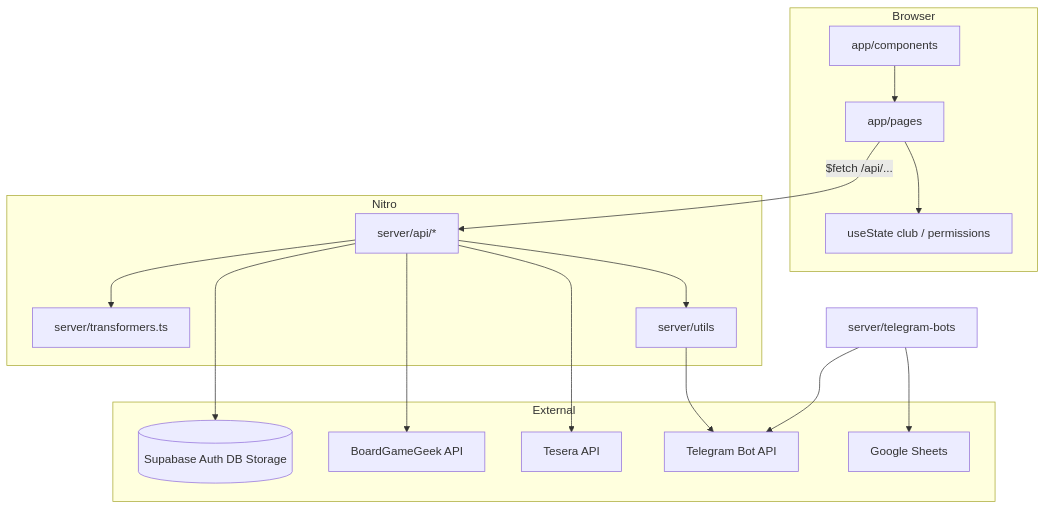
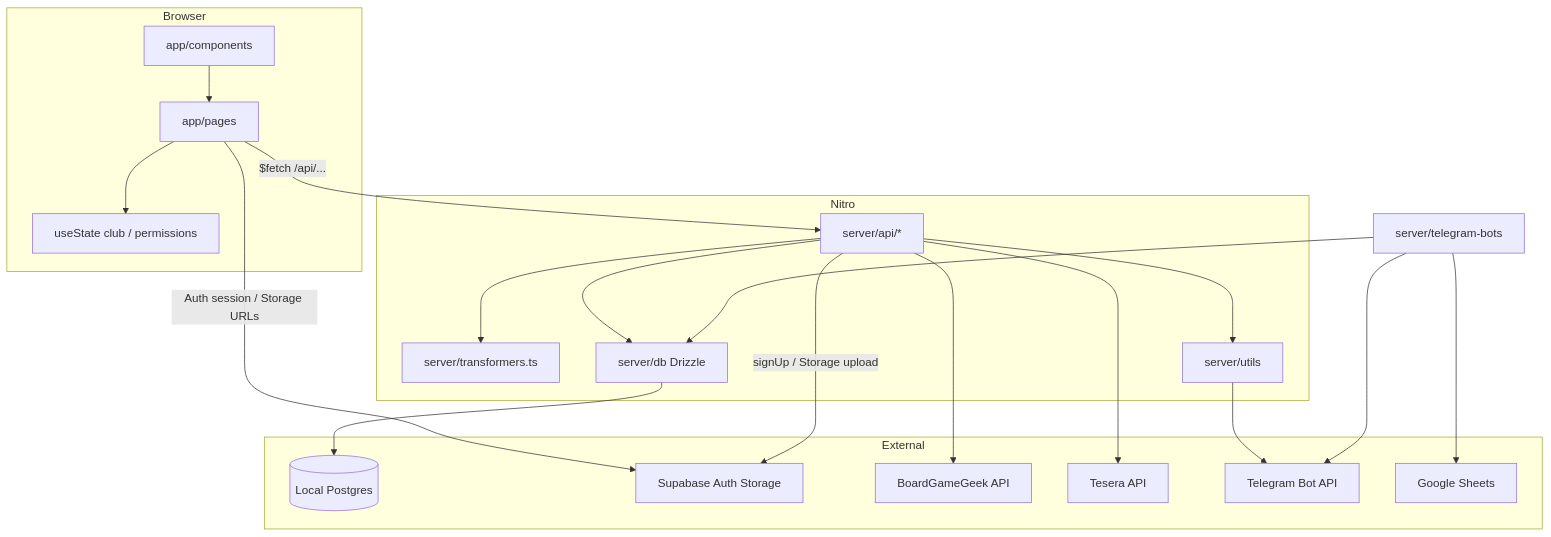
The diagram in docs/architecture.md (Tirvy/cartonium), drawn with Mermaid before and after one commit. The commit also changed other lines of this file and 52 other files, not shown here.

First line of the commit message:
Move domain data to local Postgres with Drizzle while keeping Supabase Auth and Storage.

````diff
--- a/docs/architecture.md
+++ b/docs/architecture.md
@@ -7,34 +7,40 @@
 ```mermaid
 flowchart TB
   subgraph client [Browser]
     Pages[app/pages]
     Comp[app/components]
     Comp --> Pages
     State["useState club / permissions"]
     Pages --> State
   end
 
   subgraph nitro [Nitro]
     API["server/api/*"]
     XF[server/transformers.ts]
+    DB["server/db Drizzle"]
     Utils[server/utils]
     API --> XF
+    API --> DB
     API --> Utils
   end
 
   subgraph external [External]
-    SB[(Supabase Auth DB Storage)]
+    PG[(Local Postgres)]
+    SB[Supabase Auth Storage]
     BGG[BoardGameGeek API]
     Tesera[Tesera API]
     TG[Telegram Bot API]
     Sheets[Google Sheets]
   end
 
   Pages -->|"$fetch /api/..."| API
-  API --> SB
+  Pages -->|"Auth session / Storage URLs"| SB
+  DB --> PG
+  API -->|"signUp / Storage upload"| SB
   API --> BGG
   API --> Tesera
   Utils --> TG
   Bots[server/telegram-bots] --> TG
   Bots --> Sheets
+  Bots --> DB
 ```
````
